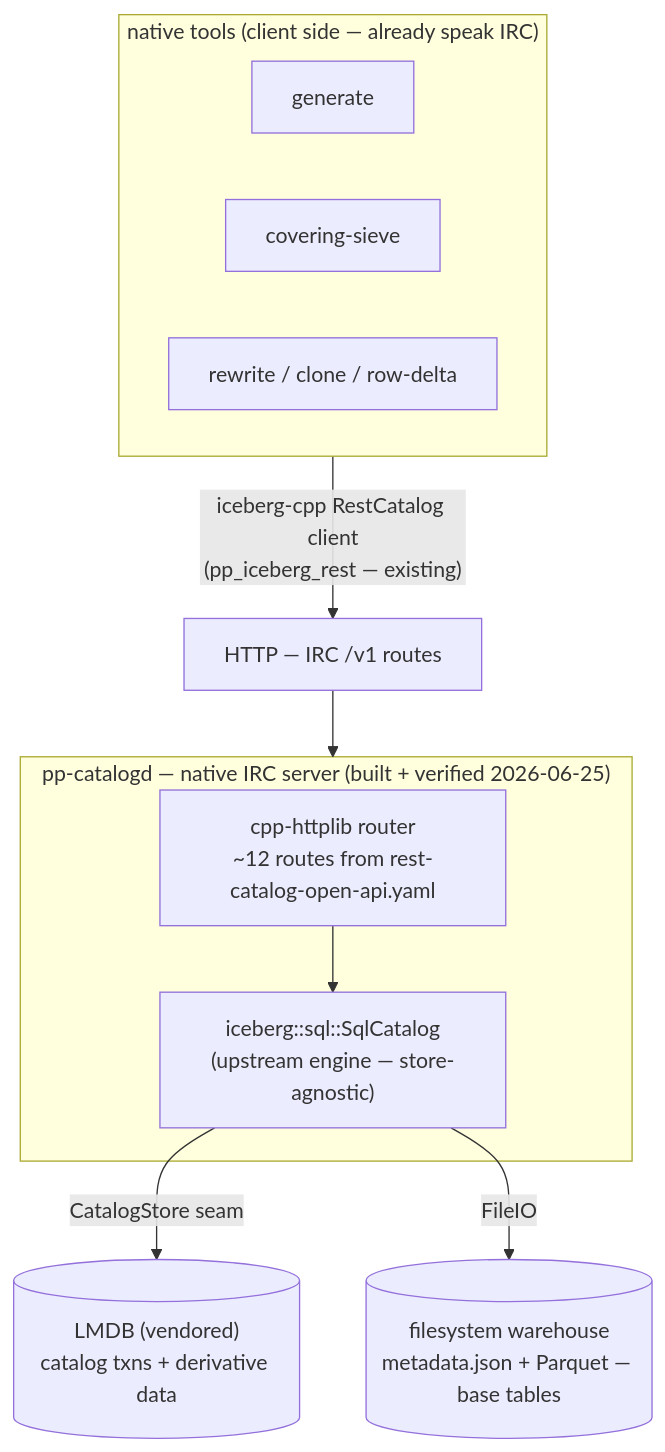
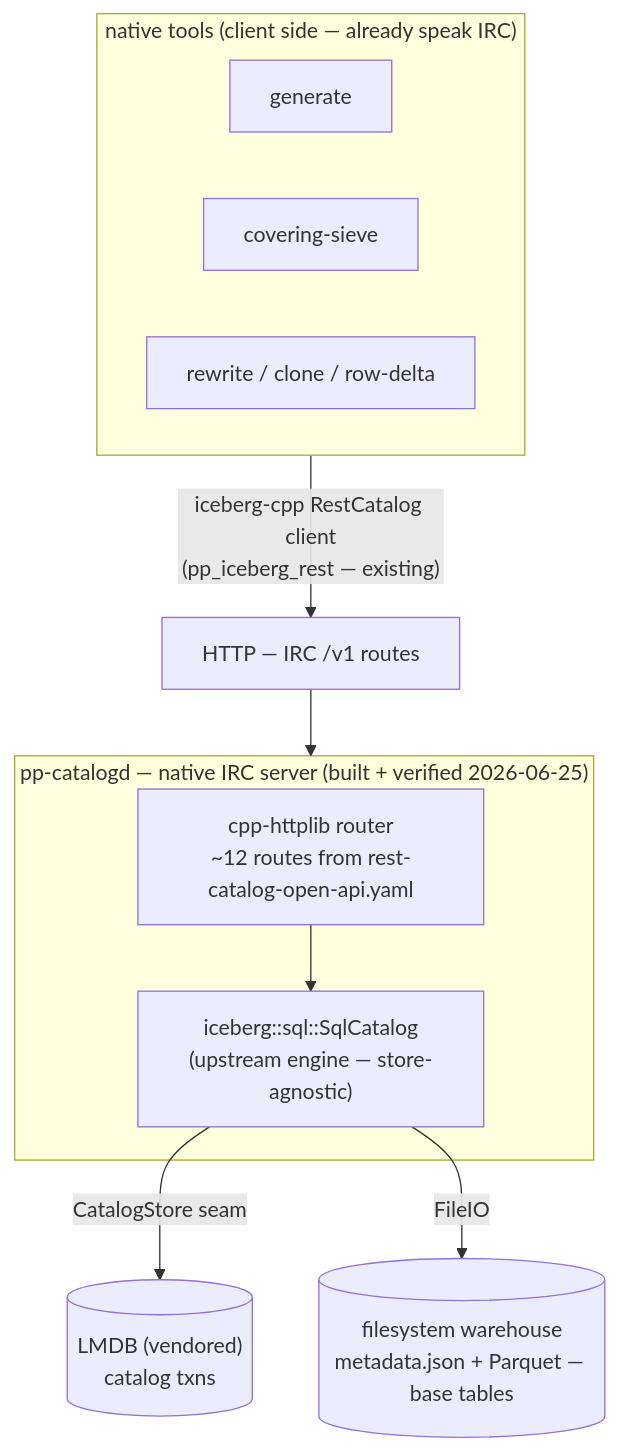
One commit to genamethi/dioph.pp changed the first of 2 diagrams in markdown/data_eng/irc_catalog_design.md. Above: the diagram before and after it, drawn with Mermaid. The commit also changed other lines of this file and 8 other files, not shown here.

````diff
--- a/markdown/data_eng/irc_catalog_design.md
+++ b/markdown/data_eng/irc_catalog_design.md
@@ -38,17 +38,17 @@
 ```mermaid
 flowchart TD
     subgraph tools["native tools (client side — already speak IRC)"]
       gen[generate]
       sieve[covering-sieve]
       rew[rewrite / clone / row-delta]
     end
     tools -->|"iceberg-cpp RestCatalog client<br/>(pp_iceberg_rest — existing)"| wire
     wire["HTTP — IRC /v1 routes"] --> server
     subgraph server["pp-catalogd — native IRC server (built + verified 2026-06-25)"]
       router["cpp-httplib router<br/>~12 routes from rest-catalog-open-api.yaml"]
       engine["iceberg::sql::SqlCatalog<br/>(upstream engine — store-agnostic)"]
       router --> engine
     end
-    engine -->|"CatalogStore seam"| lmdb[("LMDB (vendored)<br/>catalog txns + derivative data")]
+    engine -->|"CatalogStore seam"| lmdb[("LMDB (vendored)<br/>catalog txns")]
     engine -->|"FileIO"| fs[("filesystem warehouse<br/>metadata.json + Parquet — base tables")]
 ```
````
